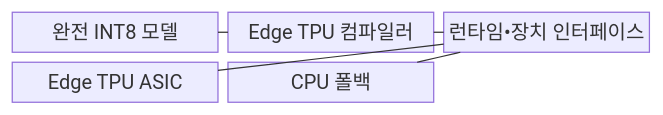
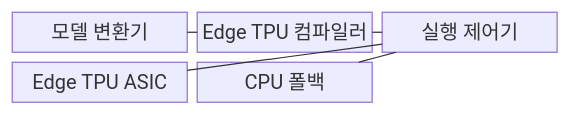
The first of 2 diagrams in src/content/docs/notes/08-latest-tech/053_edge_tpu.md (agnusdei1207/knowledge-base), drawn with Mermaid before and after one commit. The commit also changed other lines of this file and 20 other files, not shown here.

````diff
--- a/src/content/docs/notes/08-latest-tech/053_edge_tpu.md
+++ b/src/content/docs/notes/08-latest-tech/053_edge_tpu.md
@@ -70,13 +70,13 @@
 ```mermaid
 block-beta
   columns 3
-  A["완전 INT8 모델"]
+  A["모델 변환기"]
   B["Edge TPU 컴파일러"]
-  C["런타임•장치 인터페이스"]
+  C["실행 제어기"]
   D["Edge TPU ASIC"]
   E["CPU 폴백"]
   A --- B
   B --- C
   C --- D
   C --- E
 ```
````
